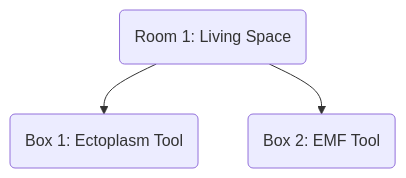
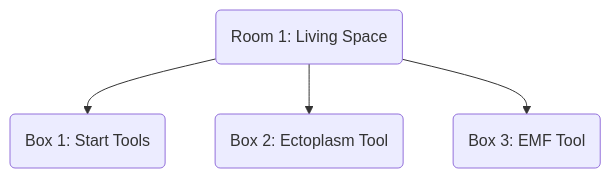
One commit to open-sesame-escape/open-sesame-escape.github.io changed the diagram in content/rooms/ghost-chasers/index.md. Above: the diagram before and after it, drawn with Mermaid. The commit also changed other lines of this file, not shown here.

Commit message:
Add start tools box to ghost chasers room

```diff
--- a/content/rooms/ghost-chasers/index.md
+++ b/content/rooms/ghost-chasers/index.md
@@ -105,6 +119,7 @@
 {{< mermaid align="center" >}}
 graph TB;
-  R1(Room 1: Living Space) --> B1 & B2
-  B1(Box 1: Ectoplasm Tool)
-  B2(Box 2: EMF Tool)
+  R1(Room 1: Living Space) --> B1 & B2 & B3
+  B1(Box 1: Start Tools)
+  B2(Box 2: Ectoplasm Tool)
+  B3(Box 3: EMF Tool)
 {{< /mermaid >}}
```
